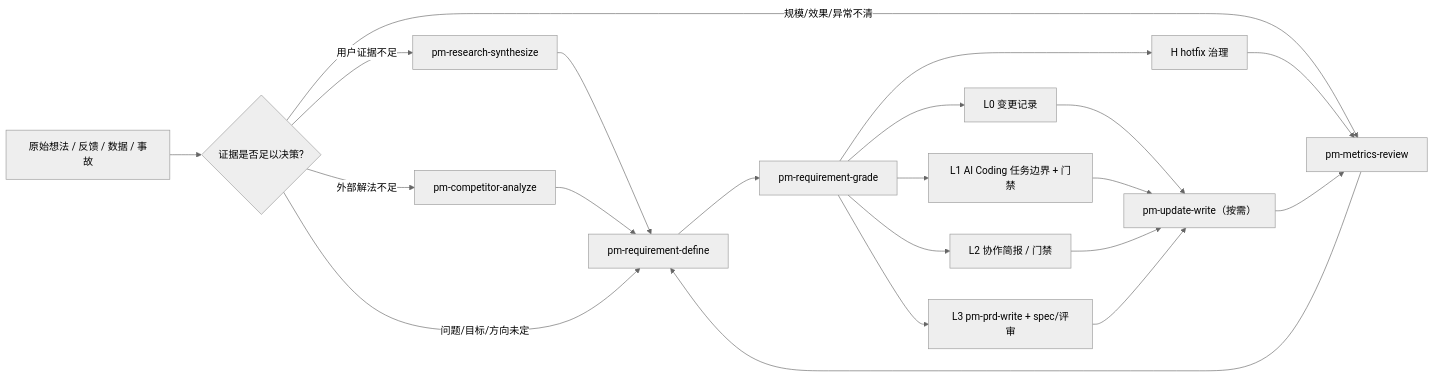
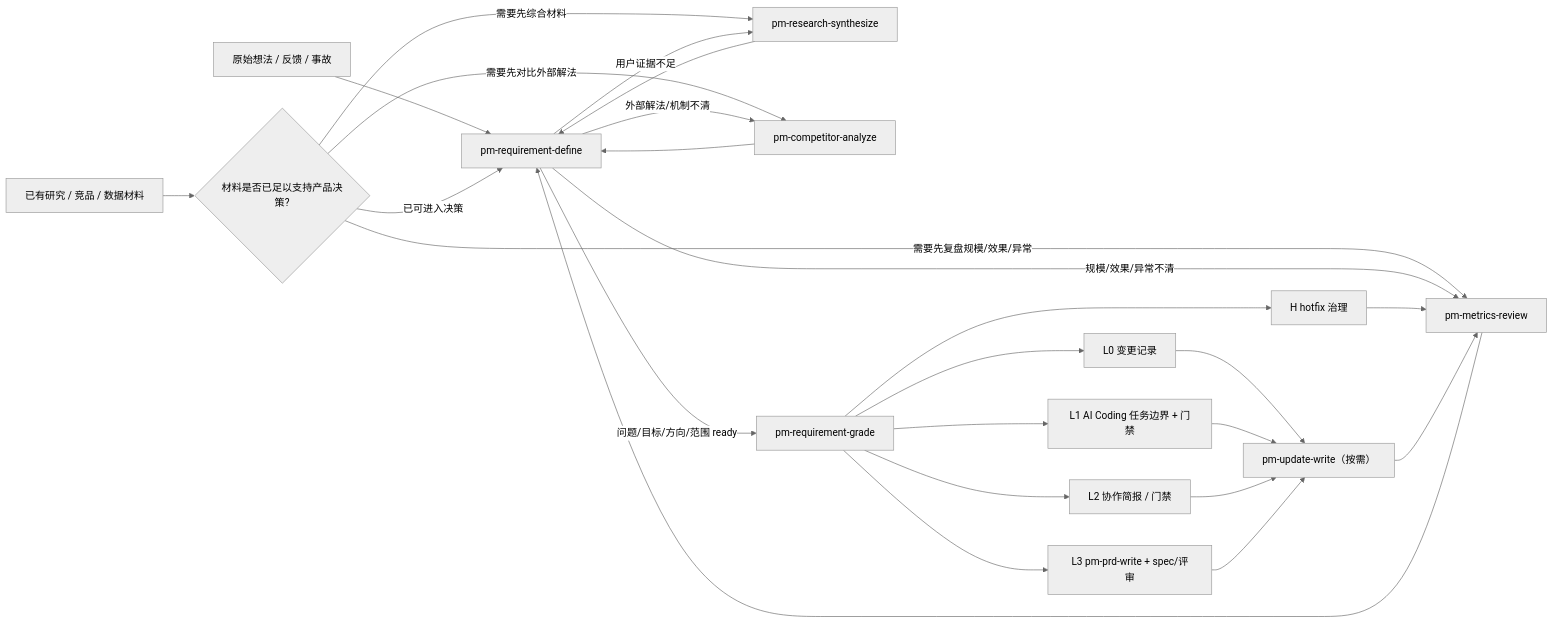
Before and after one commit to olga0107/pm-workflow-skills: the diagram in WORKFLOW_GUIDE.md, drawn with Mermaid (neutral theme). The commit also changed other lines of this file and 1 other file, not shown here.

Commit message:
docs: clarify requirement workflow routing

````diff
--- a/WORKFLOW_GUIDE.md
+++ b/WORKFLOW_GUIDE.md
@@ -7,23 +7,27 @@
 ```mermaid
 flowchart LR
-  A["原始想法 / 反馈 / 数据 / 事故"] --> B{"证据是否足以决策?"}
-  B -- "用户证据不足" --> R["pm-research-synthesize"]
-  B -- "外部解法不足" --> C["pm-competitor-analyze"]
-  B -- "规模/效果/异常不清" --> M["pm-metrics-review"]
-  R --> D["pm-requirement-define"]
+  A["原始想法 / 反馈 / 事故"] --> D["pm-requirement-define"]
+  E["已有研究 / 竞品 / 数据材料"] --> B{"材料是否已足以支持产品决策?"}
+  B -- "需要先综合材料" --> R["pm-research-synthesize"]
+  B -- "需要先对比外部解法" --> C["pm-competitor-analyze"]
+  B -- "需要先复盘规模/效果/异常" --> M["pm-metrics-review"]
+  R --> D
   C --> D
   M --> D
-  B -- "问题/目标/方向未定" --> D
-  D --> G["pm-requirement-grade"]
+  B -- "已可进入决策" --> D
+  D -- "用户证据不足" --> R
+  D -- "外部解法/机制不清" --> C
+  D -- "规模/效果/异常不清" --> M
+  D -- "问题/目标/方向/范围 ready" --> G["pm-requirement-grade"]
   G --> L0["L0 变更记录"]
   G --> L1["L1 AI Coding 任务边界 + 门禁"]
   G --> L2["L2 协作简报 / 门禁"]
   G --> L3["L3 pm-prd-write + spec/评审"]
   G --> H["H hotfix 治理"]
   L0 --> U["pm-update-write（按需）"]
   L1 --> U
   L2 --> U
   L3 --> U
   H --> M
   U --> M
 ```
````
